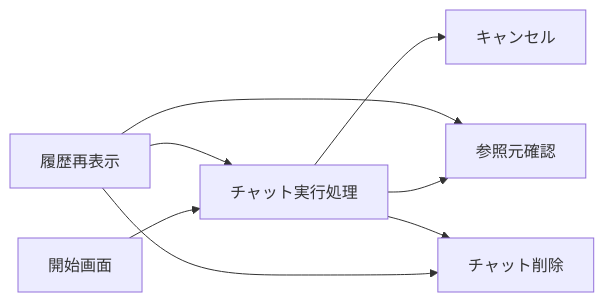
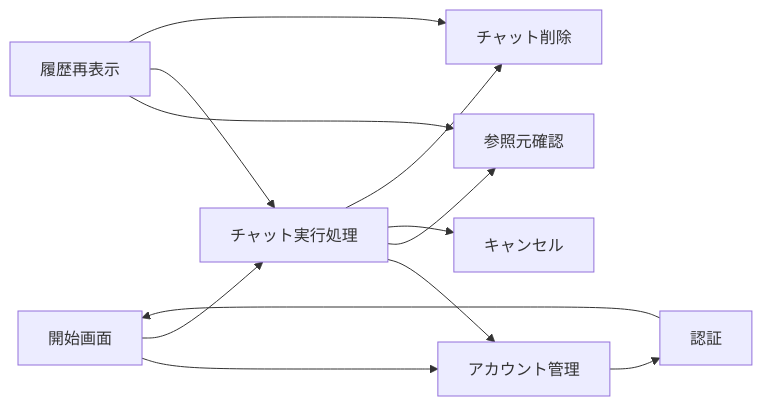
Before and after one commit to mincsys/D-Concierge: the diagram in docs/02_外部設計/02_業務設計/業務一覧.md, drawn with Mermaid. The commit also changed other lines of this file and 83 other files, not shown here.

````diff
--- a/docs/02_外部設計/02_業務設計/業務一覧.md
+++ b/docs/02_外部設計/02_業務設計/業務一覧.md
@@ -24,17 +26,23 @@
 ```mermaid
 flowchart LR
     start["開始画面"]
+    auth["認証"]
     chat["チャット実行処理"]
     cancel["キャンセル"]
     history["履歴再表示"]
     delete["チャット削除"]
+    account["アカウント管理"]
     source["参照元確認"]
 
+    auth --> start
+    start --> account
+    chat --> account
+    account --> auth
     start --> chat
     chat --> source
     chat --> cancel
     history --> source
     history --> chat
     history --> delete
     chat --> delete
 ```
````
